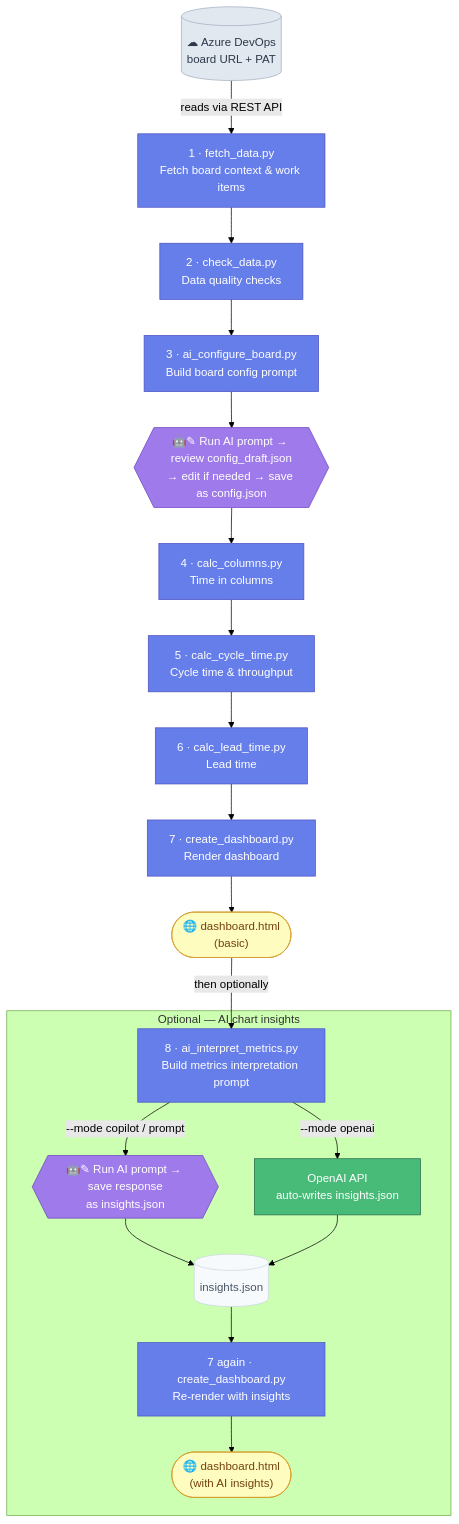
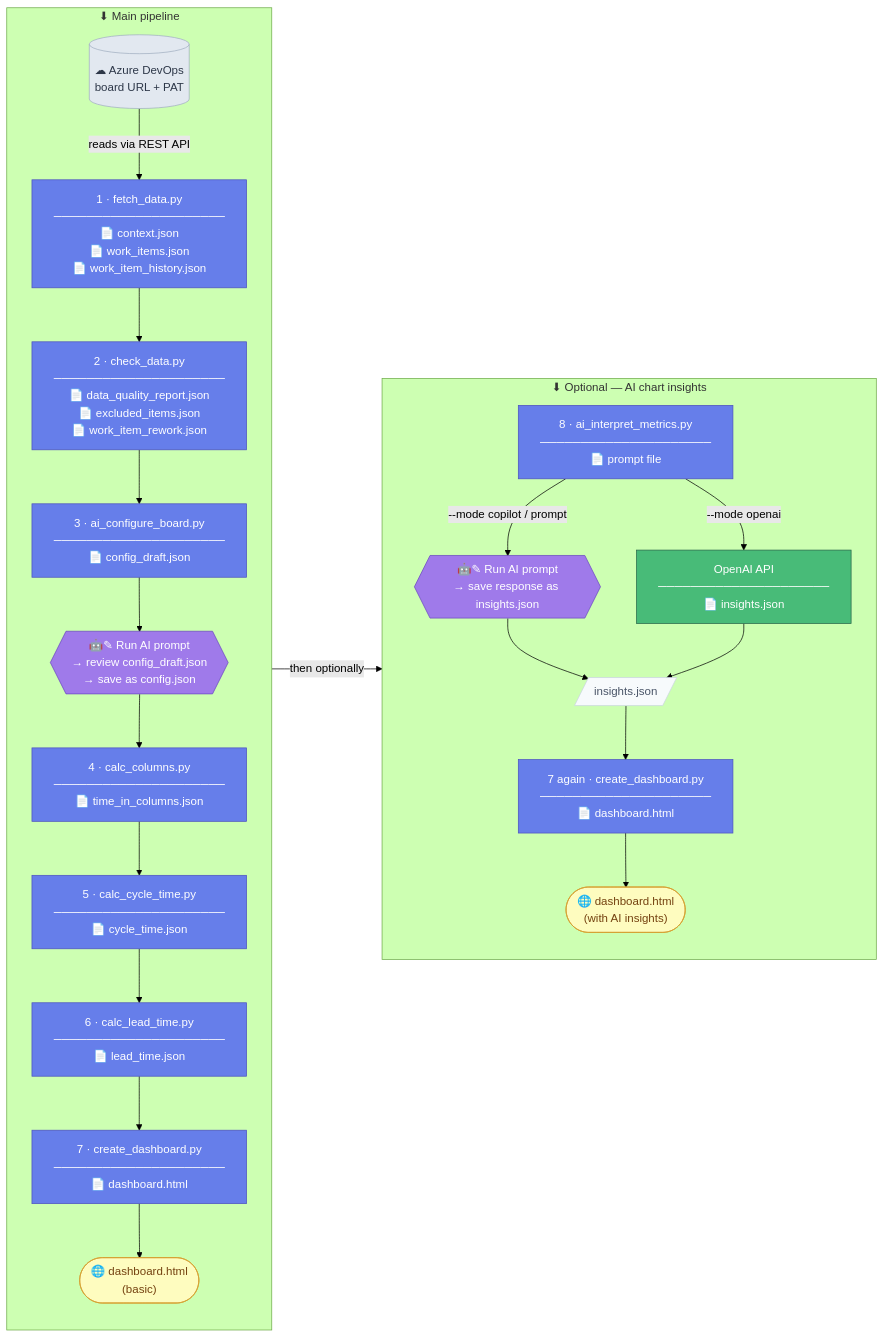
One commit to asos-davidmichel/ai-flow-metrics changed the diagram in README.md. Above: the diagram before and after it, drawn with Mermaid (forest theme).

Commit message:
docs: two-column diagram with output files shown per step

````diff
--- a/README.md
+++ b/README.md
@@ -51,41 +51,44 @@
 ```mermaid
-flowchart TD
+flowchart LR
+
+  subgraph main["⬇ Main pipeline"]
+    direction TB
     ADO[("☁ Azure DevOps\nboard URL + PAT")]:::external
-
-    fetch["1 · fetch_data.py\nFetch board context & work items"]:::script
-    check["2 · check_data.py\nData quality checks"]:::script
-    aiconf["3 · ai_configure_board.py\nBuild board config prompt"]:::script
-    aiconfprompt{{"🤖✎ Run AI prompt → review config_draft.json\n→ edit if needed → save as config.json"}}:::humanai
-    calccol["4 · calc_columns.py\nTime in columns"]:::script
-    calcct["5 · calc_cycle_time.py\nCycle time & throughput"]:::script
-    calclt["6 · calc_lead_time.py\nLead time"]:::script
-    dash["7 · create_dashboard.py\nRender dashboard"]:::script
+    fetch["1 · fetch_data.py\n─────────────────────\n📄 context.json\n📄 work_items.json\n📄 work_item_history.json"]:::script
+    check["2 · check_data.py\n─────────────────────\n📄 data_quality_report.json\n📄 excluded_items.json\n📄 work_item_rework.json"]:::script
+    aiconf["3 · ai_configure_board.py\n─────────────────────\n📄 config_draft.json"]:::script
+    aiconfprompt{{"🤖✎ Run AI prompt\n→ review config_draft.json\n→ save as config.json"}}:::humanai
+    calccol["4 · calc_columns.py\n─────────────────────\n📄 time_in_columns.json"]:::script
+    calcct["5 · calc_cycle_time.py\n─────────────────────\n📄 cycle_time.json"]:::script
+    calclt["6 · calc_lead_time.py\n─────────────────────\n📄 lead_time.json"]:::script
+    dash["7 · create_dashboard.py\n─────────────────────\n📄 dashboard.html"]:::script
     out(["🌐 dashboard.html\n(basic)"]):::output
-
-    subgraph optional ["Optional — AI chart insights"]
-        aimetrics["8 · ai_interpret_metrics.py\nBuild metrics interpretation prompt"]:::script
-        savemetrics{{"🤖✎ Run AI prompt → save response\nas insights.json"}}:::humanai
-        autoinsights["OpenAI API\nauto-writes insights.json"]:::autoai
-        insights[("insights.json")]:::file
-        redash["7 again · create_dashboard.py\nRe-render with insights"]:::script
-        out2(["🌐 dashboard.html\n(with AI insights)"]):::output
-    end
 
     ADO -->|"reads via REST API"| fetch
     fetch --> check --> aiconf --> aiconfprompt
     aiconfprompt --> calccol --> calcct --> calclt --> dash --> out
+  end
 
-    out -->|"then optionally"| aimetrics
-    aimetrics -->|"--mode copilot / prompt"| savemetrics
-    aimetrics -->|"--mode openai"| autoinsights
-    savemetrics --> insights
-    autoinsights --> insights
+  subgraph opt["⬇ Optional — AI chart insights"]
+    direction TB
+    aimetrics["8 · ai_interpret_metrics.py\n─────────────────────\n📄 prompt file"]:::script
+    savemetrics{{"🤖✎ Run AI prompt\n→ save response as insights.json"}}:::humanai
+    autoinsights["OpenAI API\n─────────────────────\n📄 insights.json"]:::autoai
+    insights[/"insights.json"/]:::file
+    redash["7 again · create_dashboard.py\n─────────────────────\n📄 dashboard.html"]:::script
+    out2(["🌐 dashboard.html\n(with AI insights)"]):::output
+
+    aimetrics -->|"--mode copilot / prompt"| savemetrics --> insights
+    aimetrics -->|"--mode openai"| autoinsights --> insights
     insights --> redash --> out2
+  end
 
-    classDef script  fill:#667eea,color:#fff,stroke:#4c51bf
-    classDef humanai fill:#9f7aea,color:#fff,stroke:#6b46c1
-    classDef autoai  fill:#48bb78,color:#fff,stroke:#276749
-    classDef external fill:#e2e8f0,color:#2d3748,stroke:#a0aec0
-    classDef file    fill:#f7fafc,color:#4a5568,stroke:#cbd5e0
-    classDef output  fill:#fefcbf,color:#744210,stroke:#d69e2e
+  out -->|"then optionally"| aimetrics
+
+  classDef script  fill:#667eea,color:#fff,stroke:#4c51bf
+  classDef humanai fill:#9f7aea,color:#fff,stroke:#6b46c1
+  classDef autoai  fill:#48bb78,color:#fff,stroke:#276749
+  classDef external fill:#e2e8f0,color:#2d3748,stroke:#a0aec0
+  classDef file    fill:#f7fafc,color:#4a5568,stroke:#cbd5e0
+  classDef output  fill:#fefcbf,color:#744210,stroke:#d69e2e
 ```
````
